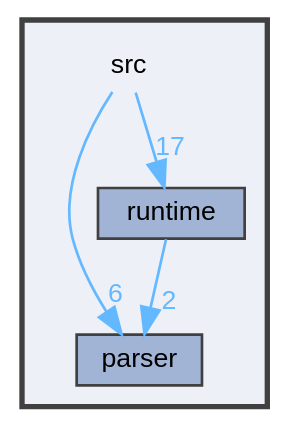
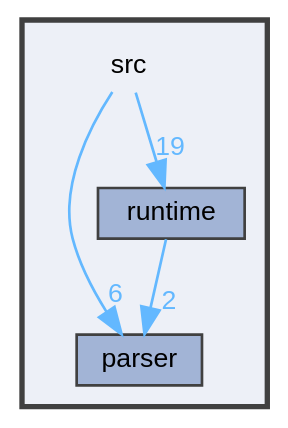
The diagram in pebbl/docs/dir_68267d1309a1af8e8297ef4c3efbcdba_dep.dot (kejunp/kejunp.github.io), drawn with Graphviz before and after one commit. The commit also changed 49 other files, not shown here.

```diff
--- a/pebbl/docs/dir_68267d1309a1af8e8297ef4c3efbcdba_dep.dot
+++ b/pebbl/docs/dir_68267d1309a1af8e8297ef4c3efbcdba_dep.dot
@@ -1,17 +1,17 @@
 digraph "src"
 {
  // LATEX_PDF_SIZE
   bgcolor="transparent";
   edge [fontname=Helvetica,fontsize=10,labelfontname=Helvetica,labelfontsize=10];
   node [fontname=Helvetica,fontsize=10,shape=box,height=0.2,width=0.4];
   compound=true
   subgraph clusterdir_68267d1309a1af8e8297ef4c3efbcdba {
     graph [ bgcolor="#edf0f7", pencolor="grey25", label="", fontname=Helvetica,fontsize=10 style="filled,bold", URL="dir_68267d1309a1af8e8297ef4c3efbcdba.html",tooltip=""]
     dir_68267d1309a1af8e8297ef4c3efbcdba [shape=plaintext, label="src"];
   dir_6cd8491d143eb218b70983dbdb3c58bc [label="parser", fillcolor="#a2b4d6", color="grey25", style="filled", URL="dir_6cd8491d143eb218b70983dbdb3c58bc.html",tooltip=""];
   dir_bf9f26469d00835ba20ff8d80ee5a804 [label="runtime", fillcolor="#a2b4d6", color="grey25", style="filled", URL="dir_bf9f26469d00835ba20ff8d80ee5a804.html",tooltip=""];
   }
   dir_68267d1309a1af8e8297ef4c3efbcdba->dir_6cd8491d143eb218b70983dbdb3c58bc [headlabel="6", labeldistance=1.5 headhref="dir_000008_000006.html" href="dir_000008_000006.html" color="steelblue1" fontcolor="steelblue1"];
-  dir_68267d1309a1af8e8297ef4c3efbcdba->dir_bf9f26469d00835ba20ff8d80ee5a804 [headlabel="17", labeldistance=1.5 headhref="dir_000008_000007.html" href="dir_000008_000007.html" color="steelblue1" fontcolor="steelblue1"];
+  dir_68267d1309a1af8e8297ef4c3efbcdba->dir_bf9f26469d00835ba20ff8d80ee5a804 [headlabel="19", labeldistance=1.5 headhref="dir_000008_000007.html" href="dir_000008_000007.html" color="steelblue1" fontcolor="steelblue1"];
   dir_bf9f26469d00835ba20ff8d80ee5a804->dir_6cd8491d143eb218b70983dbdb3c58bc [headlabel="2", labeldistance=1.5 headhref="dir_000007_000006.html" href="dir_000007_000006.html" color="steelblue1" fontcolor="steelblue1"];
 }
```
